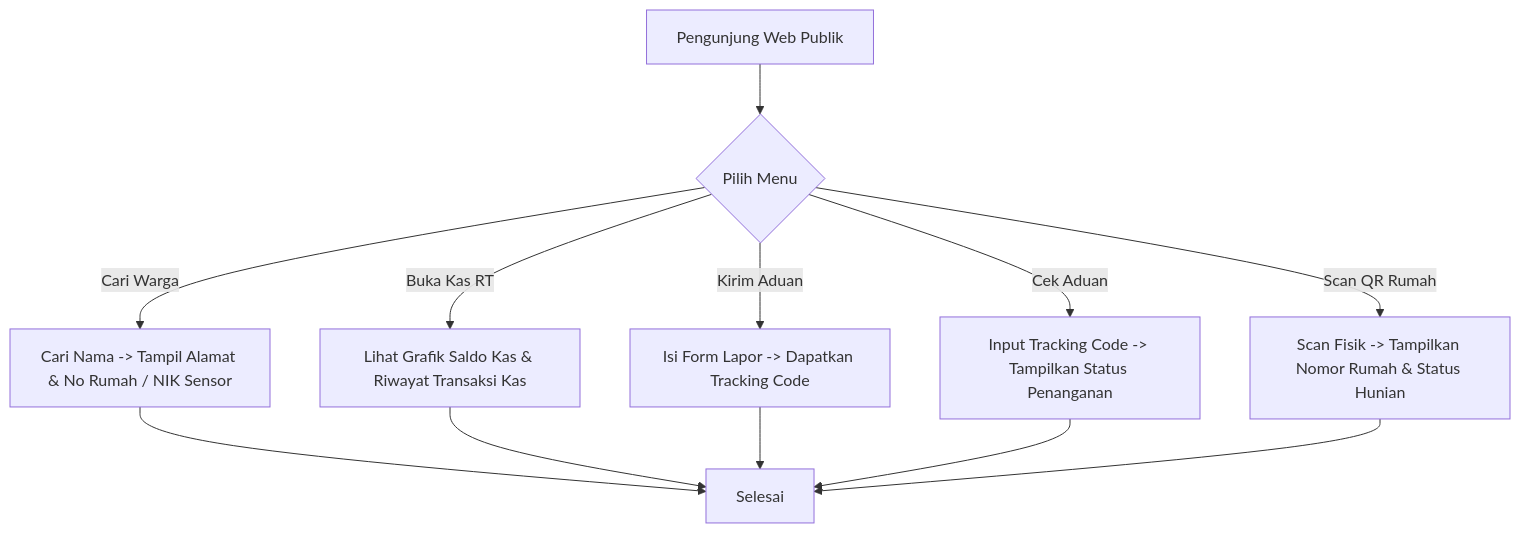
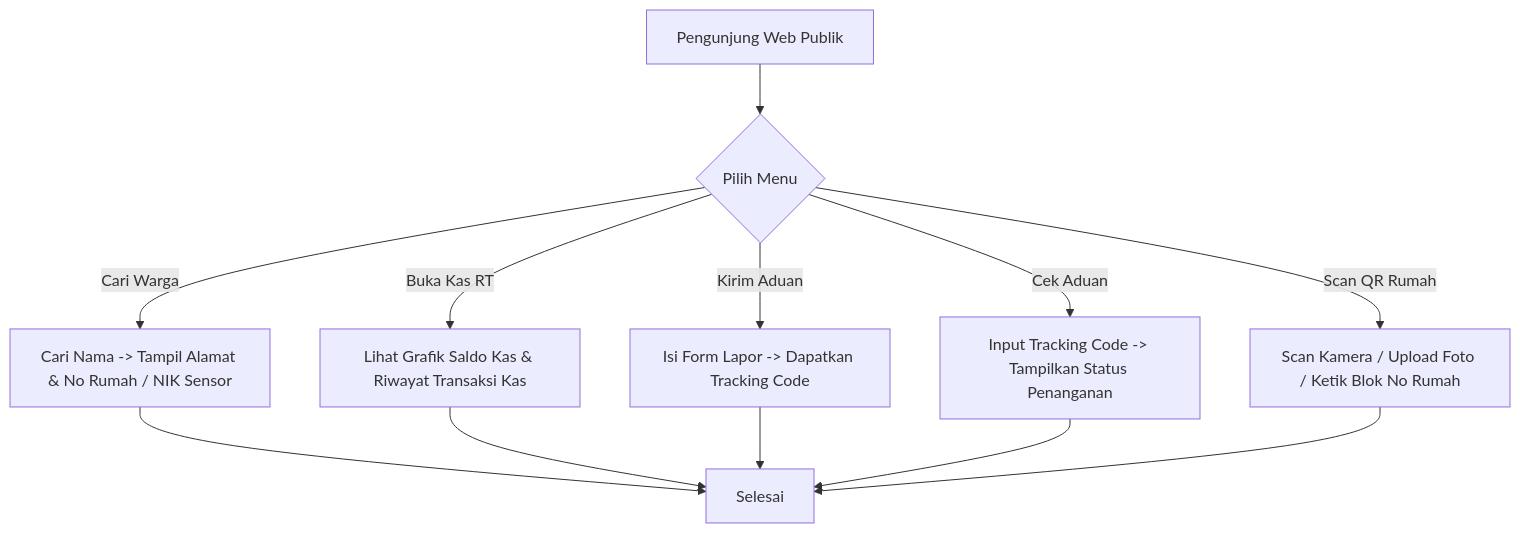
Before and after one commit to Araihan413/wargaku: the first of 3 diagrams in docs/roles/publik.md, drawn with Mermaid. The commit also changed other lines of this file and 300 other files, not shown here.

````diff
--- a/docs/roles/publik.md
+++ b/docs/roles/publik.md
@@ -59,16 +79,16 @@
 ```mermaid
 flowchart TD
     A[Pengunjung Web Publik] --> B{Pilih Menu}
     
     B -->|Cari Warga| C[Cari Nama -> Tampil Alamat & No Rumah / NIK Sensor]
     B -->|Buka Kas RT| D[Lihat Grafik Saldo Kas & Riwayat Transaksi Kas]
     B -->|Kirim Aduan| E[Isi Form Lapor -> Dapatkan Tracking Code]
     B -->|Cek Aduan| F[Input Tracking Code -> Tampilkan Status Penanganan]
-    B -->|Scan QR Rumah| G[Scan Fisik -> Tampilkan Nomor Rumah & Status Hunian]
+    B -->|Scan QR Rumah| G[Scan Kamera / Upload Foto / Ketik Blok No Rumah]
     
     C --> H[Selesai]
     D --> H
     E --> H
     F --> H
     G --> H
 ```
````
